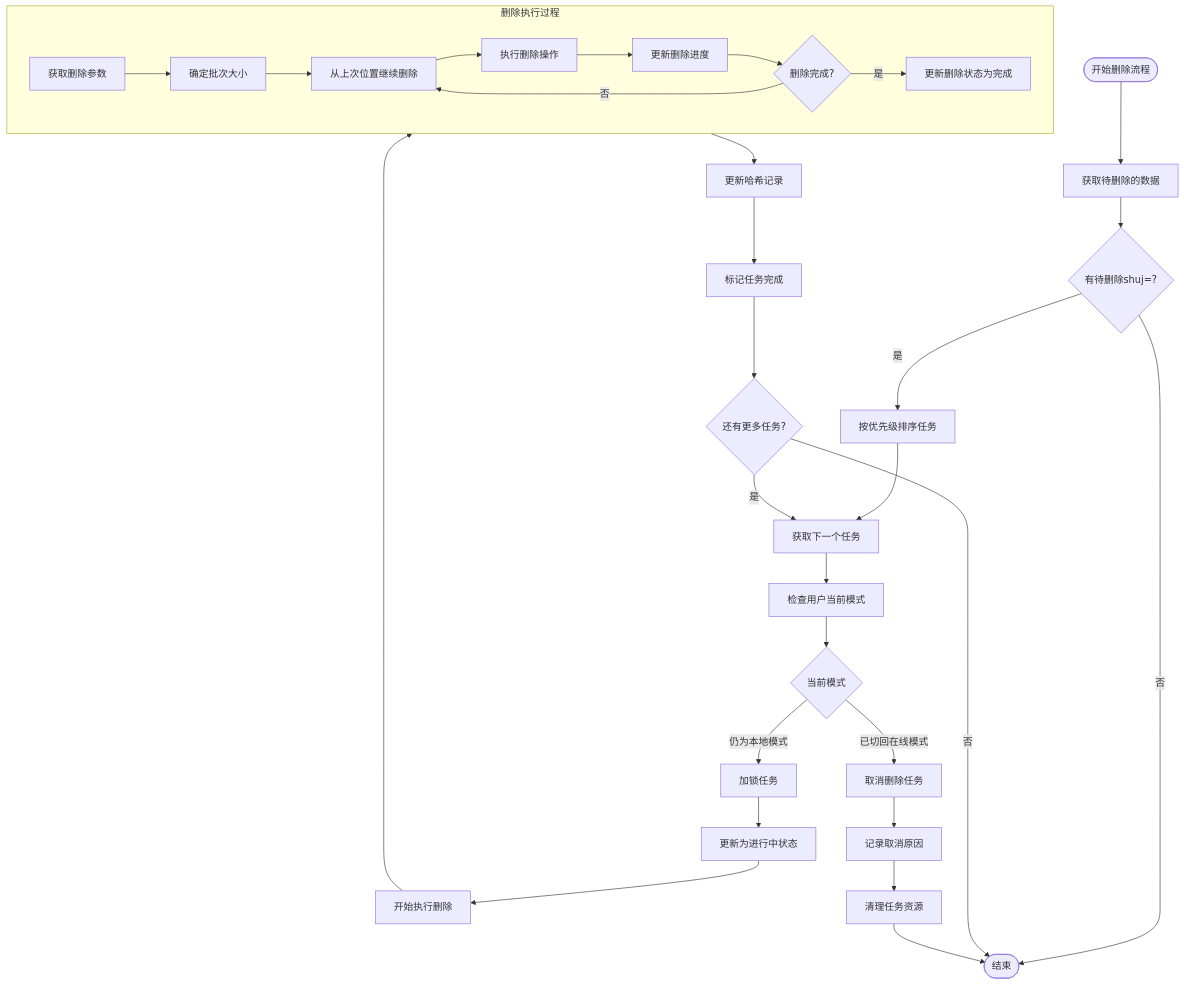
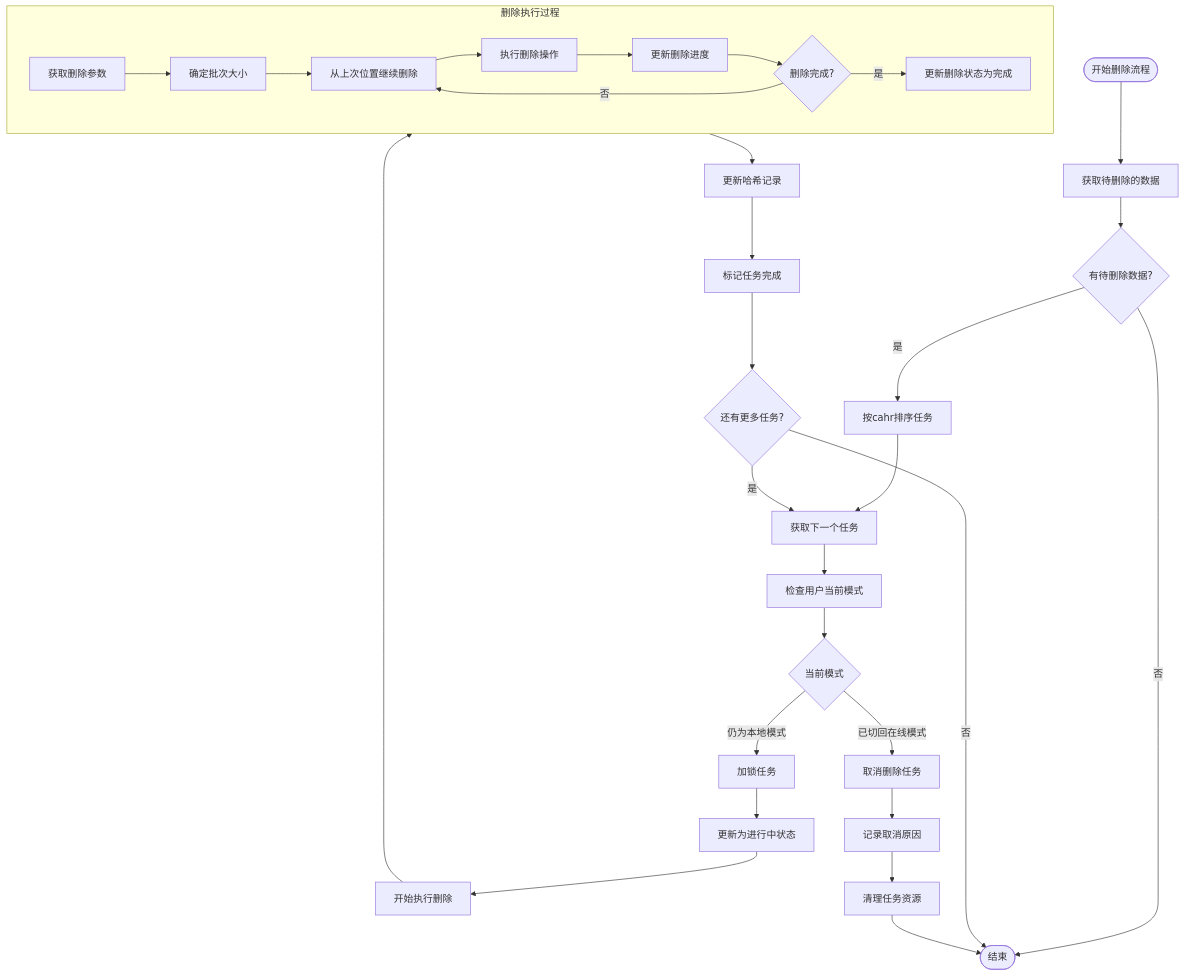
One commit to yingjianzh/iodraw-files changed the diagram in all/未命名-51.md. Above: the diagram before and after it, drawn with Mermaid.

Commit message:
2025-05-08 15:17:48 update

````diff
--- a/all/未命名-51.md
+++ b/all/未命名-51.md
@@ -1,42 +1,42 @@
 ```mermaid
 flowchart TD
     Start([开始删除流程]) --> FetchTasks[获取待删除的数据]
-    FetchTasks --> HasTasks{有待删除shuj=?}
+    FetchTasks --> HasTasks{有待删除数据?}
     
     HasTasks -->|否| End([结束])
-    HasTasks -->|是| PrioritizeTasks[按优先级排序任务]
+    HasTasks -->|是| PrioritizeTasks[按cahr排序任务]
     
     PrioritizeTasks --> GetNextTask[获取下一个任务]
     GetNextTask --> CheckUserMode[检查用户当前模式]
     
     CheckUserMode --> CurrentMode{当前模式}
     CurrentMode -->|已切回在线模式| TaskCancel[取消删除任务]
     CurrentMode -->|仍为本地模式| LockTask[加锁任务]
     
     LockTask --> UpdateStatus[更新为进行中状态]
     UpdateStatus --> BeginDeletion[开始执行删除]
     
     subgraph DeletionProcess [删除执行过程]
         A[获取删除参数] --> B[确定批次大小]
         B --> C[从上次位置继续删除]
         C --> D[执行删除操作]
         D --> E[更新删除进度]
         E --> F{删除完成?}
         F -->|否| C
         F -->|是| G[更新删除状态为完成]
     end
     
     BeginDeletion --> DeletionProcess
     
     DeletionProcess --> UpdateHashRecord[更新哈希记录]
     UpdateHashRecord --> MarkCompleted[标记任务完成]
     
     TaskCancel --> LogCancellation[记录取消原因]
     LogCancellation --> CleanupTask[清理任务资源]
     
     MarkCompleted --> CheckMoreTasks{还有更多任务?}
     CheckMoreTasks -->|是| GetNextTask
     CheckMoreTasks -->|否| End
     
     CleanupTask --> End
 ```
````
